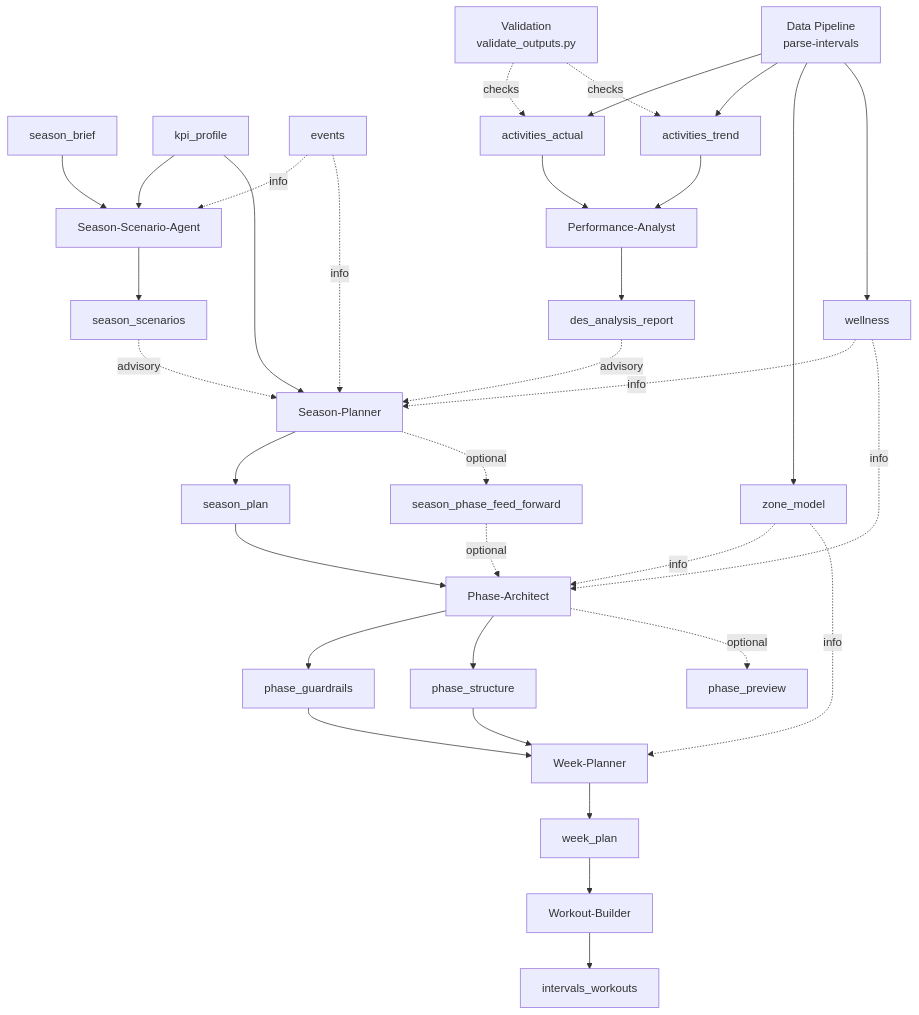
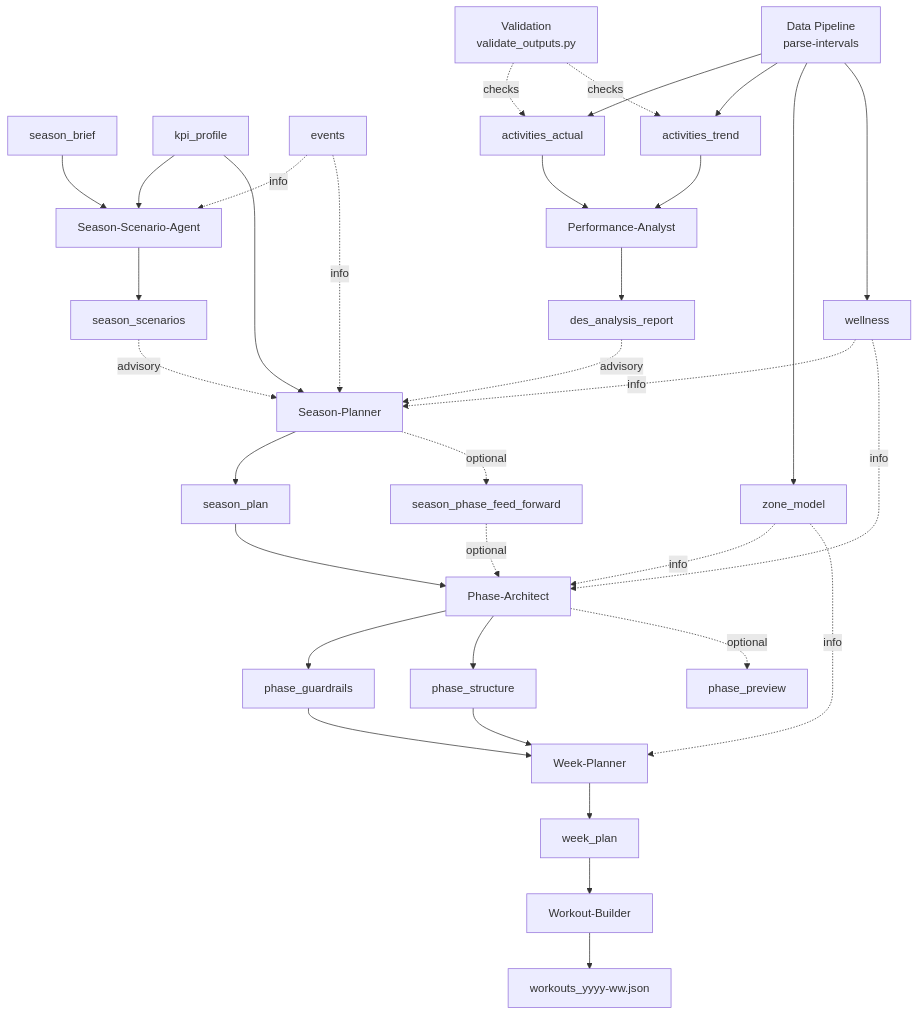
The first of 3 diagrams in doc/system_architecture.md (albauer-priv/RPS), drawn with Mermaid before and after one commit. The commit also changed 14 other files, not shown here.

````diff
--- a/doc/system_architecture.md
+++ b/doc/system_architecture.md
@@ -32,39 +32,39 @@
 ```mermaid
 flowchart TD
   SB[season_brief] --> SS[Season-Scenario-Agent]
   KP[kpi_profile] --> SS
   SS --> SC[season_scenarios]
   SC -. advisory .-> MA[Season-Planner]
   KP --> MA
   EV[events] -. info .-> SS
   EV -. info .-> MA
   MA --> MO[season_plan]
   MA -. optional .-> SPFF[season_phase_feed_forward]
 
   MO --> ME[Phase-Architect]
   SPFF -. optional .-> ME
   ME --> BG[phase_guardrails]
   ME --> BEA[phase_structure]
   ME -. optional .-> BEP[phase_preview]
 
   BG --> MI[Week-Planner]
   BEA --> MI
   MI --> WP[week_plan]
   WP --> WB[Workout-Builder]
-  WB --> WJ[intervals_workouts]
+  WB --> WJ[workouts_yyyy-ww.json]
 
   DP[Data Pipeline\nparse-intervals] --> AA[activities_actual]
   DP --> AT[activities_trend]
   DP --> ZM[zone_model]
   DP --> WL[wellness]
   VA[Validation\nvalidate_outputs.py] -. checks .-> AA
   VA -. checks .-> AT
   AA --> PA[Performance-Analyst]
   AT --> PA
   ZM -. info .-> ME
   ZM -. info .-> MI
   WL -. info .-> MA
   WL -. info .-> ME
   PA --> DR[des_analysis_report]
   DR -. advisory .-> MA
 ```
````
